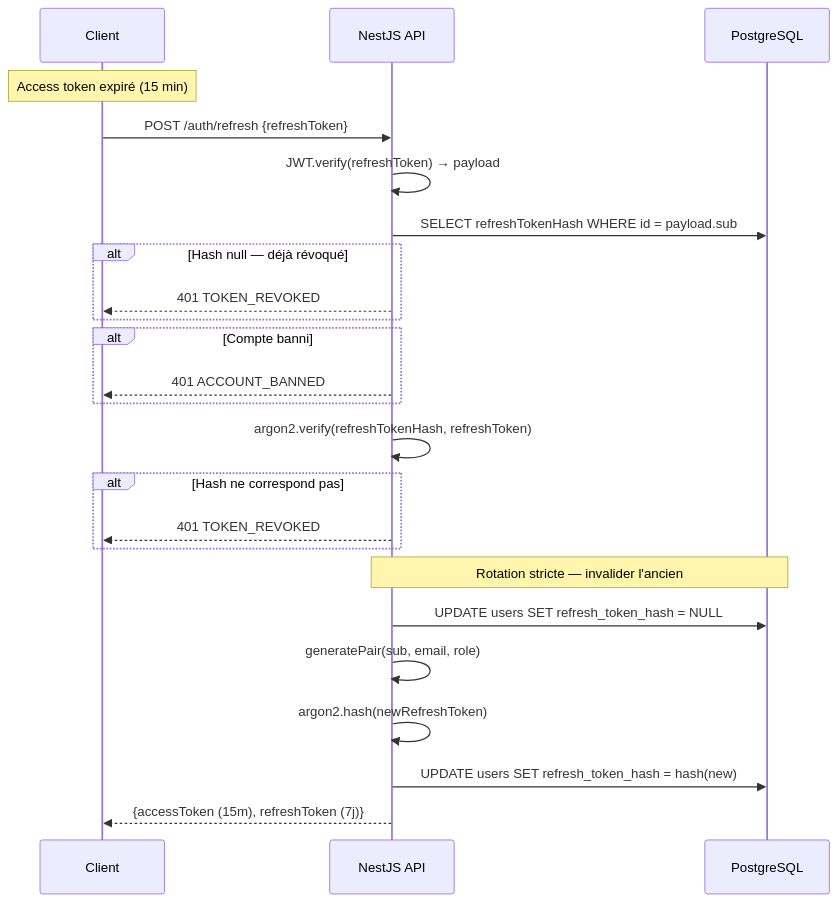
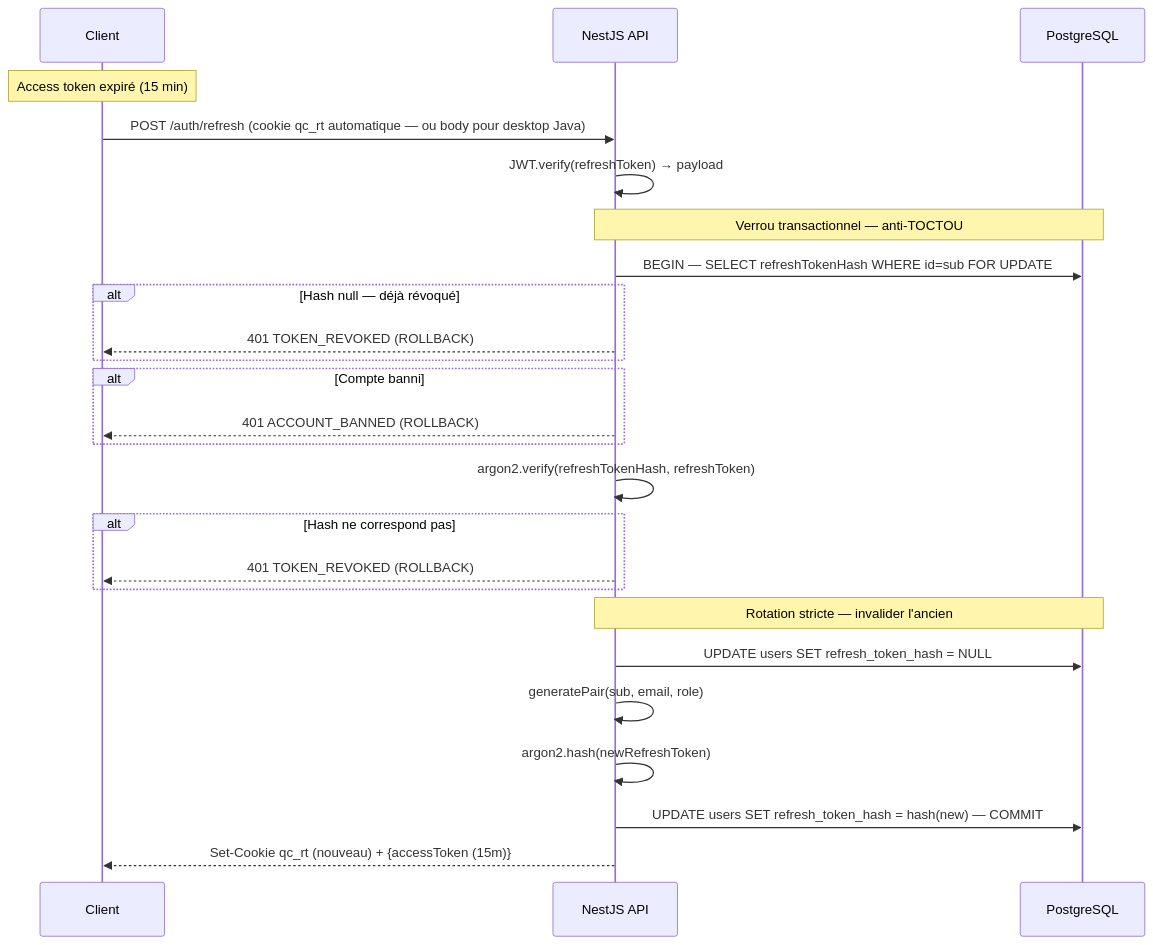
The sixth of 16 diagrams in docs/ARCHITECTURE.md (creibaud/QuartierConnect), drawn with Mermaid before and after one commit. The commit also changed other lines of this file and 28 other files, not shown here.

First line of the commit message:
feat(auth): implement access token revocation and management

````diff
--- a/docs/ARCHITECTURE.md
+++ b/docs/ARCHITECTURE.md
@@ -243,30 +233,30 @@
 ```mermaid
 sequenceDiagram
     participant C as Client
     participant API as NestJS API
     participant PG as PostgreSQL
 
     Note over C: Access token expiré (15 min)
-    C->>API: POST /auth/refresh {refreshToken}
+    C->>API: POST /auth/refresh (cookie qc_rt automatique — ou body pour desktop Java)
     API->>API: JWT.verify(refreshToken) → payload
 
-    API->>PG: SELECT refreshTokenHash WHERE id = payload.sub
+    Note over API,PG: Verrou transactionnel — anti-TOCTOU
+    API->>PG: BEGIN — SELECT refreshTokenHash WHERE id=sub FOR UPDATE
     alt Hash null — déjà révoqué
-        API-->>C: 401 TOKEN_REVOKED
+        API-->>C: 401 TOKEN_REVOKED (ROLLBACK)
     end
     alt Compte banni
-        API-->>C: 401 ACCOUNT_BANNED
+        API-->>C: 401 ACCOUNT_BANNED (ROLLBACK)
     end
     API->>API: argon2.verify(refreshTokenHash, refreshToken)
     alt Hash ne correspond pas
-        API-->>C: 401 TOKEN_REVOKED
+        API-->>C: 401 TOKEN_REVOKED (ROLLBACK)
     end
 
     Note over API,PG: Rotation stricte — invalider l'ancien
     API->>PG: UPDATE users SET refresh_token_hash = NULL
-
     API->>API: generatePair(sub, email, role)
     API->>API: argon2.hash(newRefreshToken)
-    API->>PG: UPDATE users SET refresh_token_hash = hash(new)
-    API-->>C: {accessToken (15m), refreshToken (7j)}
+    API->>PG: UPDATE users SET refresh_token_hash = hash(new) — COMMIT
+    API-->>C: Set-Cookie qc_rt (nouveau) + {accessToken (15m)}
 ```
````
